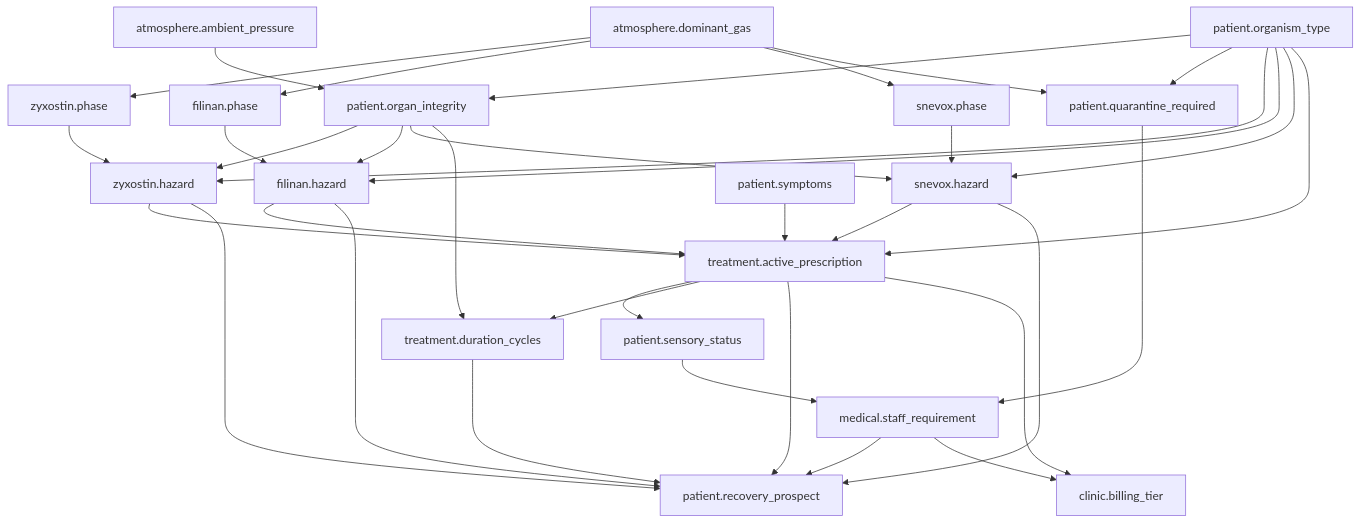
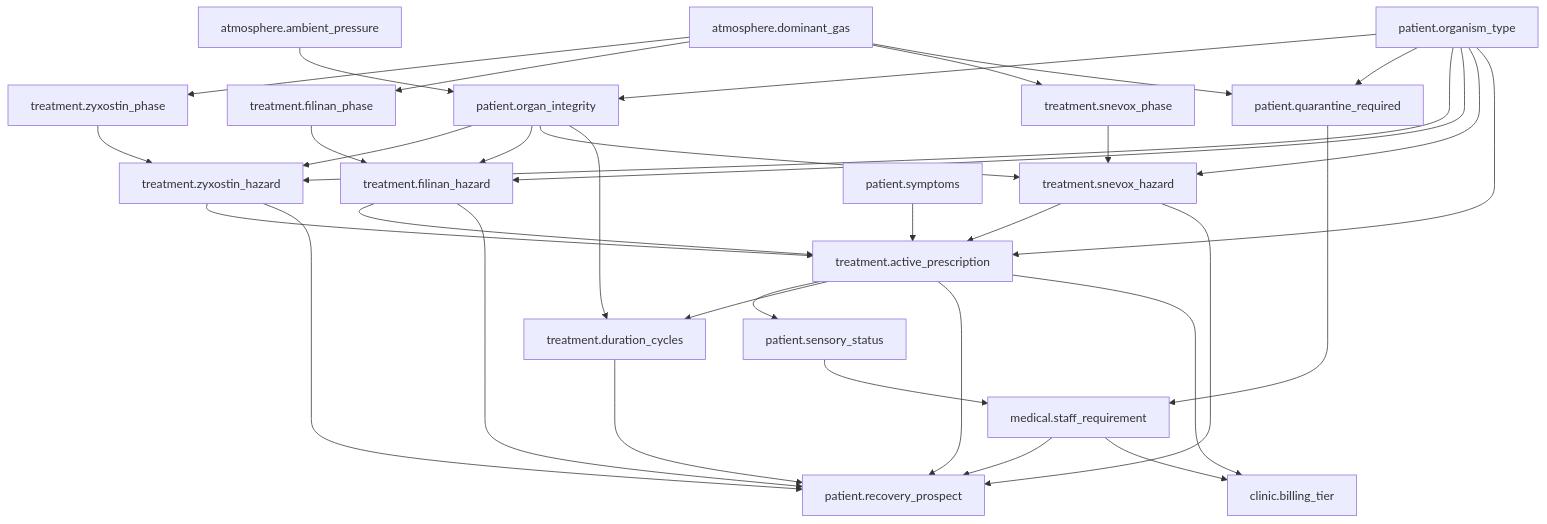
One commit to sultann-301/Belief-Aware-LLMs changed the second of 4 diagrams in domains.md. Above: the diagram before and after it, drawn with Mermaid. The commit also changed other lines of this file and 7 other files, not shown here.

````diff
--- a/domains.md
+++ b/domains.md
@@ -329,51 +329,51 @@
 ```mermaid
 graph TD
     %% Atmospheric Drivers
-    Atmos_Gas["atmosphere.dominant_gas"] --> ZPhase["zyxostin.phase"]
-    Atmos_Gas --> FPhase["filinan.phase"]
-    Atmos_Gas --> SPhase["snevox.phase"]
+    Atmos_Gas["atmosphere.dominant_gas"] --> ZPhase["treatment.zyxostin_phase"]
+    Atmos_Gas --> FPhase["treatment.filinan_phase"]
+    Atmos_Gas --> SPhase["treatment.snevox_phase"]
     Atmos_Gas --> Quar["patient.quarantine_required"]
     Atmos_Press["atmosphere.ambient_pressure"] --> Integrity["patient.organ_integrity"]
 
     %% Biological Inputs
     Species["patient.organism_type"] --> Integrity
     Species --> Quar
-    Species --> ZHazard["zyxostin.hazard"]
-    Species --> FHazard["filinan.hazard"]
-    Species --> SHazard["snevox.hazard"]
+    Species --> ZHazard["treatment.zyxostin_hazard"]
+    Species --> FHazard["treatment.filinan_hazard"]
+    Species --> SHazard["treatment.snevox_hazard"]
 
     Symptoms["patient.symptoms"] --> Selection["treatment.active_prescription"]
 
     %% Compound specific evaluations
     ZPhase --> ZHazard
     FPhase --> FHazard
     SPhase --> SHazard
 
     Integrity --> ZHazard
     Integrity --> FHazard
     Integrity --> SHazard
 
     Integrity --> Dur["treatment.duration_cycles"]
 
     %% Selection & Cascades
     Species --> Selection
     ZHazard --> Selection
     FHazard --> Selection
     SHazard --> Selection
     Selection --> SideEffect["patient.sensory_status"]
     Selection --> Dur
     Selection --> Recov
     ZHazard --> Recov
     FHazard --> Recov
     SHazard --> Recov
 
     %% Late Stage derivations
     SideEffect --> Staff["medical.staff_requirement"]
     Quar --> Staff
 
     Dur --> Recov["patient.recovery_prospect"]
     Staff --> Recov
 
     Selection --> Bill["clinic.billing_tier"]
     Staff --> Bill
 ```
````
